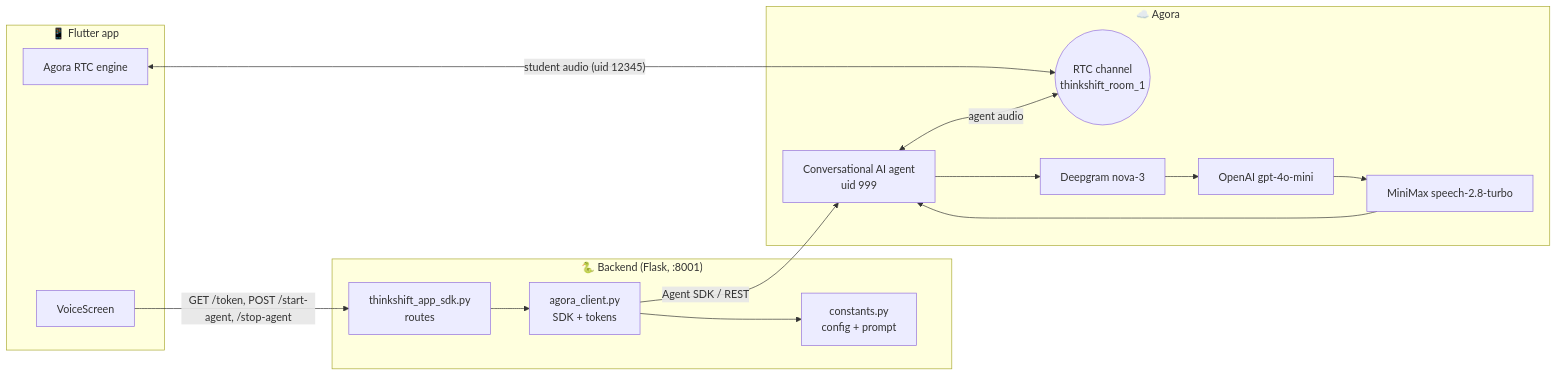
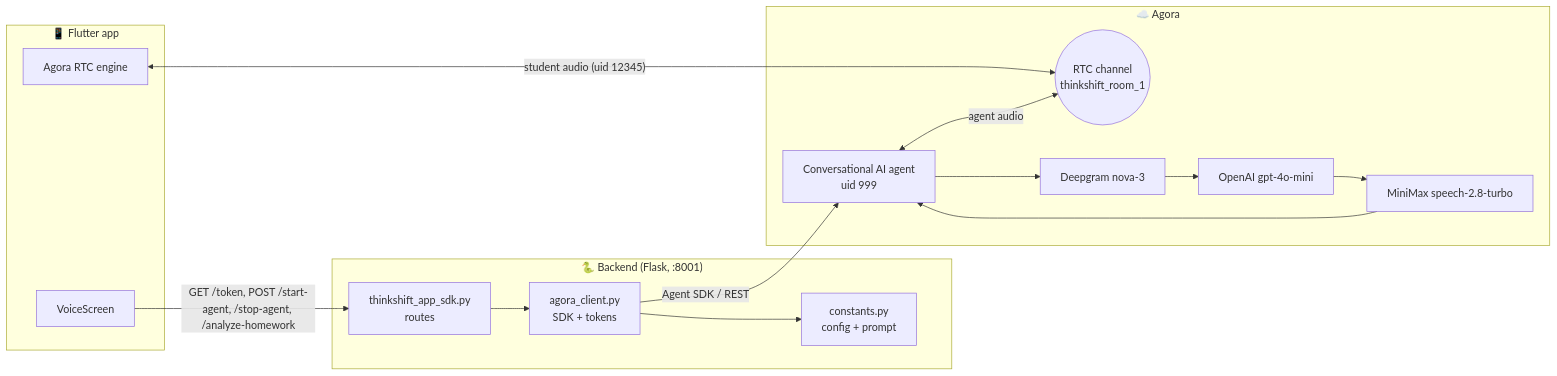
The first of 3 diagrams in ARCHITECTURE.md (vrush1588/ThinkShiftAI-Voice-First-Conversational-Learning), drawn with Mermaid before and after one commit. The commit also changed other lines of this file and 12 other files, not shown here.

````diff
--- a/ARCHITECTURE.md
+++ b/ARCHITECTURE.md
@@ -11,29 +11,29 @@
 ```mermaid
 flowchart LR
     subgraph Phone["📱 Flutter app"]
         UI[VoiceScreen]
         RTC[Agora RTC engine]
     end
 
     subgraph Backend["🐍 Backend (Flask, :8001)"]
         Routes[thinkshift_app_sdk.py<br/>routes]
         Client[agora_client.py<br/>SDK + tokens]
         Const[constants.py<br/>config + prompt]
     end
 
     subgraph Agora["☁️ Agora"]
         Channel((RTC channel<br/>thinkshift_room_1))
         Agent[Conversational AI agent<br/>uid 999]
         STT[Deepgram nova-3]
         LLM[OpenAI gpt-4o-mini]
         TTS[MiniMax speech-2.8-turbo]
     end
 
-    UI -- "GET /token, POST /start-agent, /stop-agent" --> Routes
+    UI -- "GET /token, POST /start-agent, /stop-agent, /analyze-homework" --> Routes
     Routes --> Client
     Client --> Const
     Client -- "Agent SDK / REST" --> Agent
     RTC <-- "student audio (uid 12345)" --> Channel
     Agent <-- "agent audio" --> Channel
     Agent --> STT --> LLM --> TTS --> Agent
 ```
````
